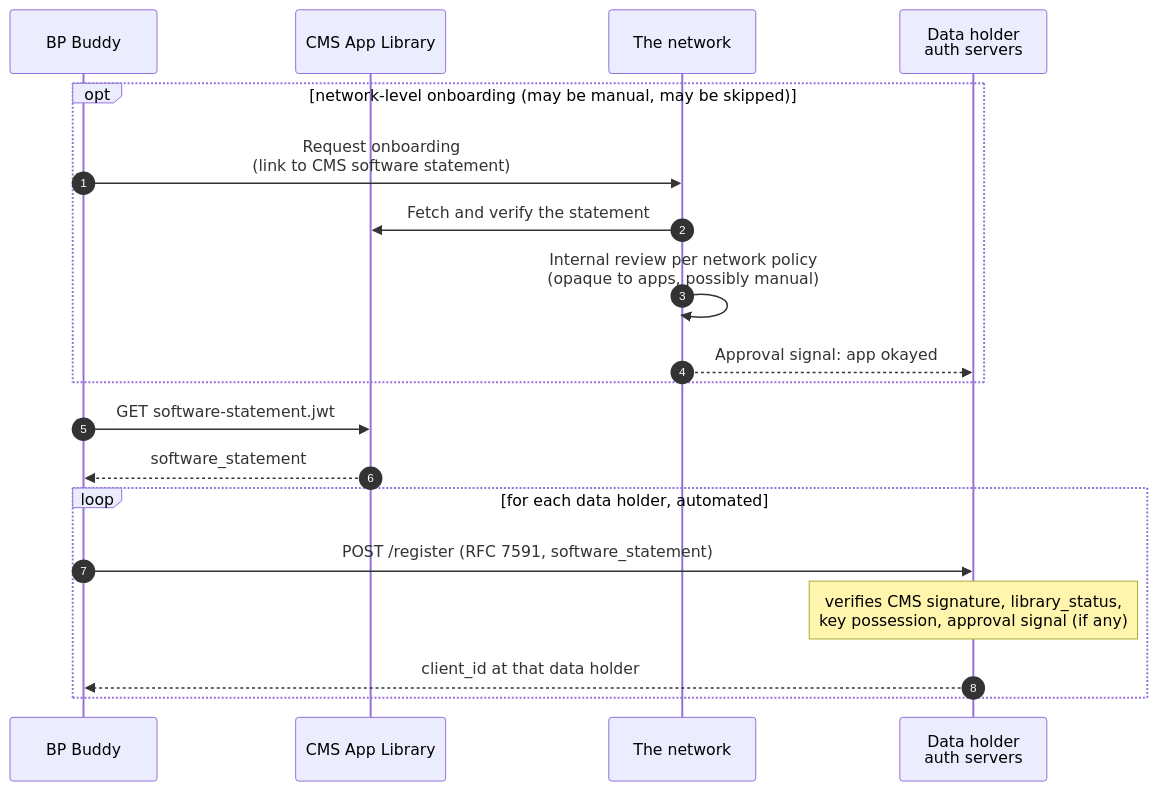
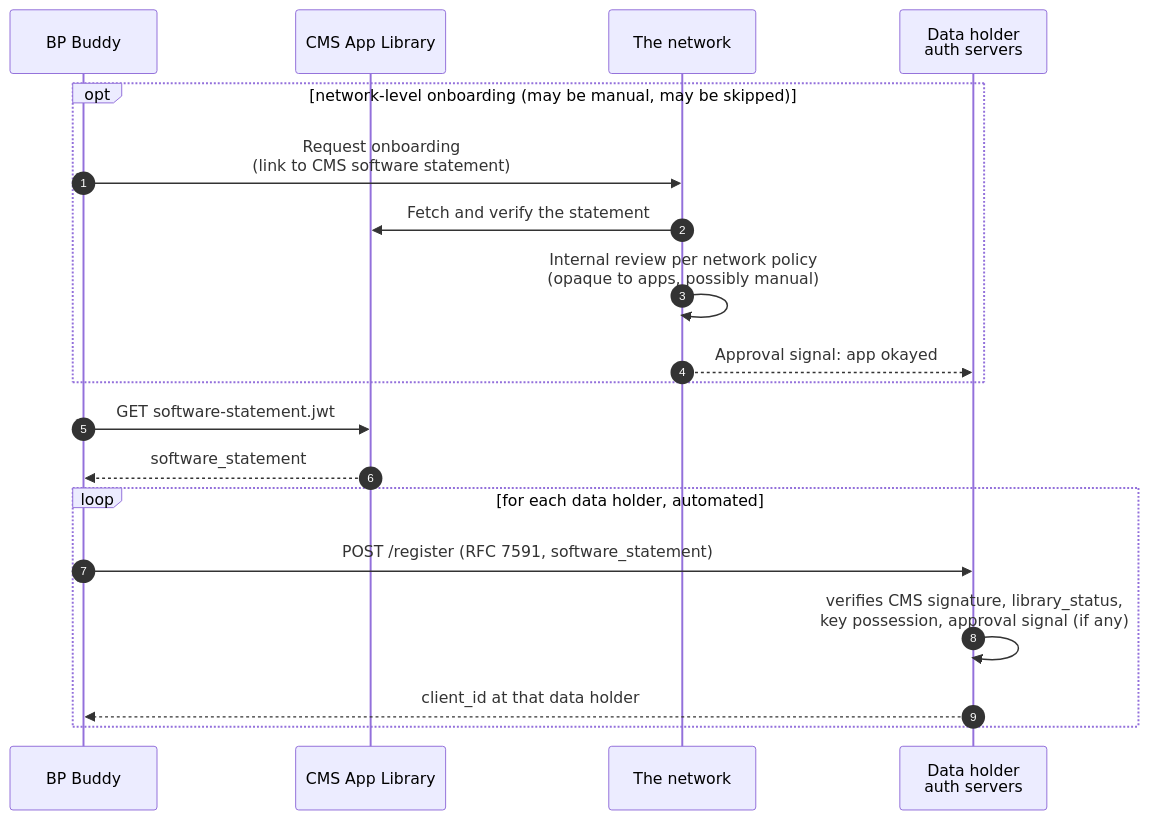
One commit to jmandel/cms-ns changed the second of 7 diagrams in authorizing-access.md. Above: the diagram before and after it, drawn with Mermaid. The commit also changed other lines of this file and 2 other files, not shown here.

````diff
--- a/authorizing-access.md
+++ b/authorizing-access.md
@@ -69,22 +69,22 @@
 ```mermaid
 sequenceDiagram
     autonumber
     participant App as BP Buddy
     participant CMS as CMS App Library
     participant Net as The network
     participant DH as Data holder<br/>auth servers
 
     opt network-level onboarding (may be manual, may be skipped)
         App->>Net: Request onboarding<br/>(link to CMS software statement)
         Net->>CMS: Fetch and verify the statement
         Net->>Net: Internal review per network policy<br/>(opaque to apps, possibly manual)
         Net-->>DH: Approval signal: app okayed
     end
     App->>CMS: GET software-statement.jwt
     CMS-->>App: software_statement
     loop for each data holder, automated
         App->>DH: POST /register (RFC 7591, software_statement)
-        Note over DH: verifies CMS signature, library_status,<br/>key possession, approval signal (if any)
+        DH->>DH: verifies CMS signature, library_status,<br/>key possession, approval signal (if any)
         DH-->>App: client_id at that data holder
     end
 ```
````
